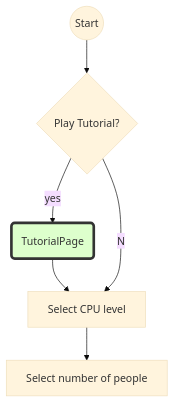
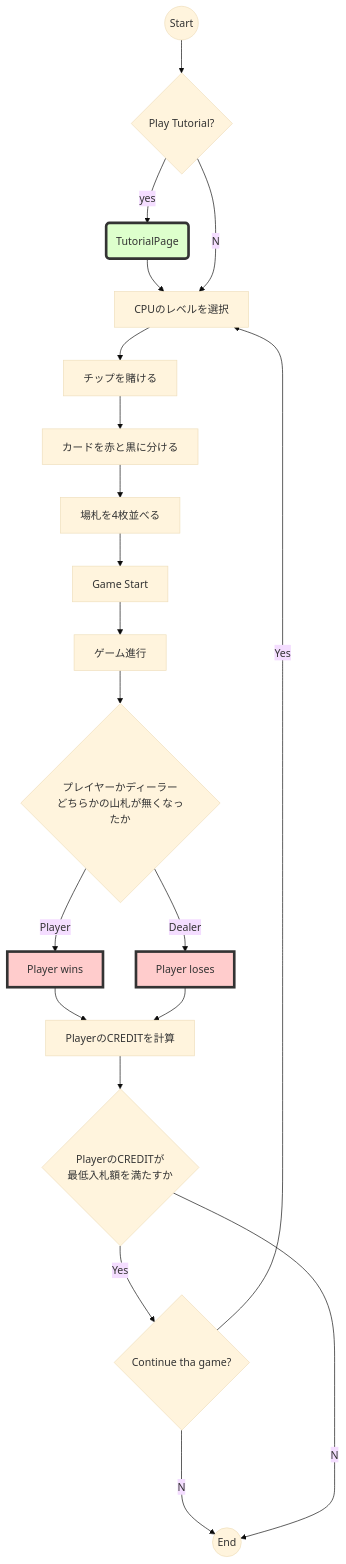
One commit to recursion-team-a/card-games changed the fourth of 6 diagrams in README.md. Above: the diagram before and after it, drawn with Mermaid. The commit also changed other lines of this file, not shown here.

Commit message:
add activity diagrams

````diff
--- a/README.md
+++ b/README.md
@@ -81,10 +118,26 @@
 ```mermaid
 %%{init:{'theme':'base'}}%%
 flowchart TB
     A((Start)) --> B{Play Tutorial?}
     B --yes--> C(TutorialPage)
     style C fill:#dfc,stroke:#333,stroke-width:4px
     C --> D
-    B --No--> D[Select CPU level]
-    D --> E[Select number of people]
+    B --No--> D[CPUのレベルを選択]
+    D --> a[チップを賭ける]
+    a --> E[カードを赤と黒に分ける]
+    E --> F[場札を4枚並べる]
+    F --> G[Game Start]
+    G --> H[ゲーム進行]
+    H --> I{プレイヤーかディーラー<br>どちらかの山札が無くなったか}
+    I --Player--> J[Player wins]
+    I --Dealer--> K[Player loses]
+    style J fill:#fcc,stroke:#333,stroke-width:4px
+    style K fill:#fcc,stroke:#333,stroke-width:4px
+    J --> L[PlayerのCREDITを計算]
+    K --> L
+    L --> N{PlayerのCREDITが<br>最低入札額を満たすか}
+    N --Yes--> O{Continue tha game?}
+    O --Yes--> D
+    O --No--> M
+    N --No--> M((End))
 ```
````
